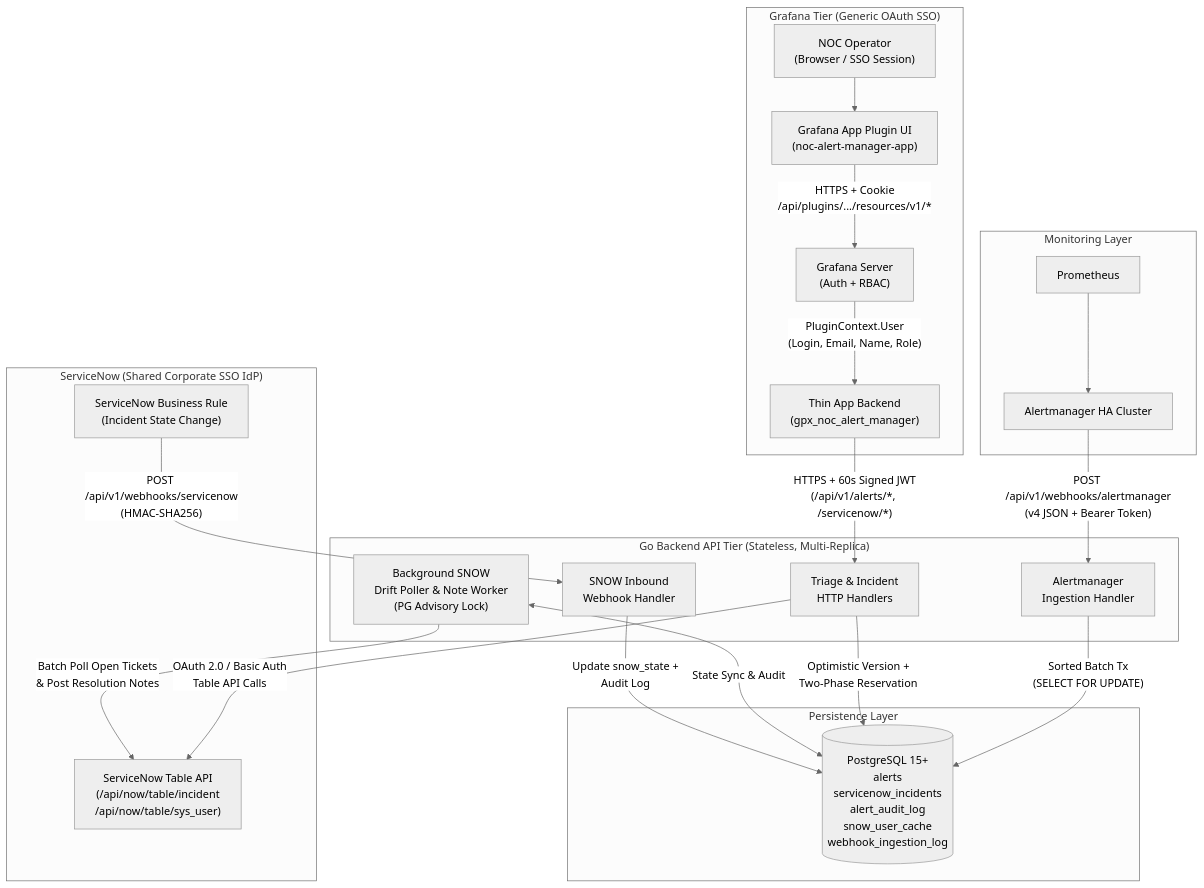
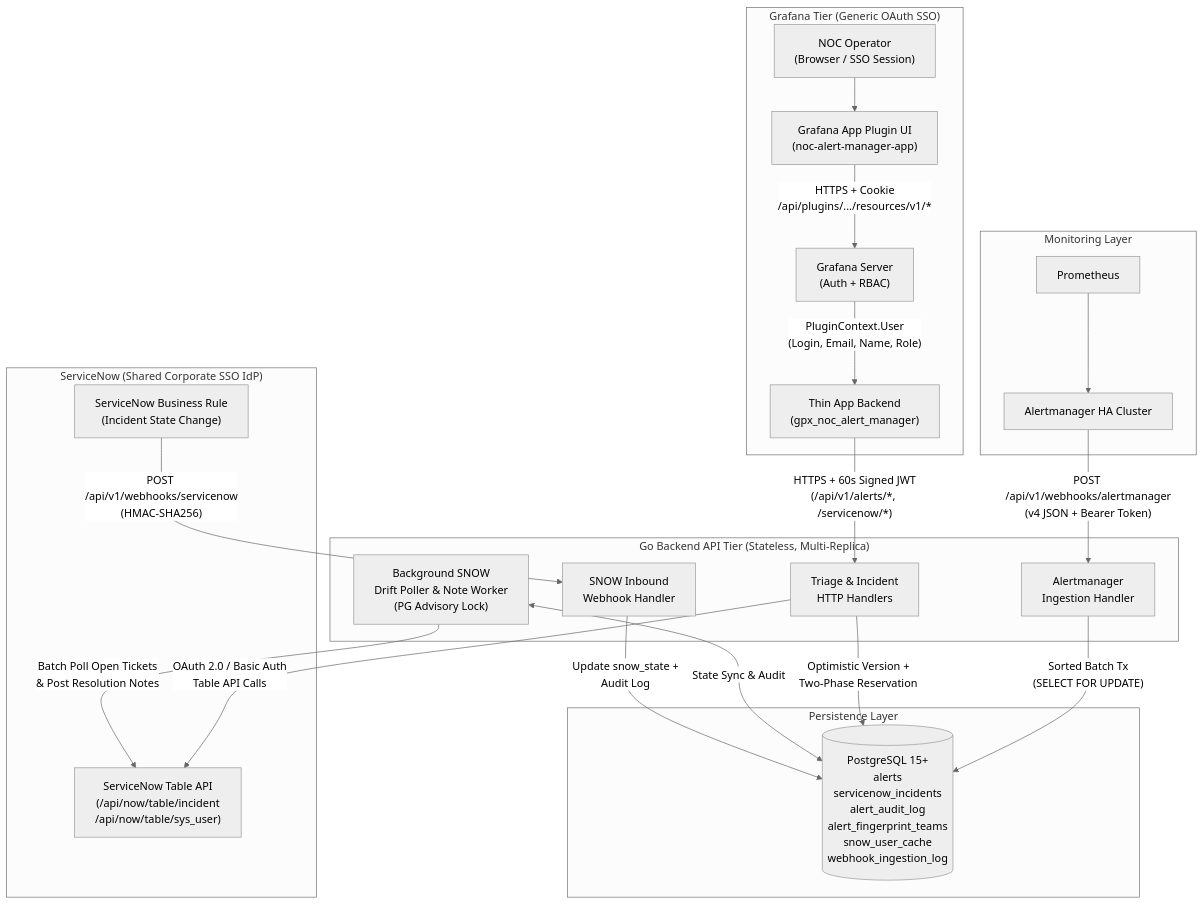
The first of 4 diagrams in docs/design/LLD.md (oriraz1607/snow), drawn with Mermaid (neutral theme) before and after one commit. The commit also changed other lines of this file and 52 other files, not shown here.

````diff
--- a/docs/design/LLD.md
+++ b/docs/design/LLD.md
@@ -21,36 +21,36 @@
 ```mermaid
 flowchart TB
     subgraph Monitoring["Monitoring Layer"]
         Prom["Prometheus"] --> AM["Alertmanager HA Cluster"]
     end
 
     subgraph GrafanaTier["Grafana Tier (Generic OAuth SSO)"]
         Op["NOC Operator\n(Browser / SSO Session)"] --> PluginUI["Grafana App Plugin UI\n(noc-alert-manager-app)"]
         PluginUI -->|"HTTPS + Cookie\n/api/plugins/.../resources/v1/*"| GFServer["Grafana Server\n(Auth + RBAC)"]
         GFServer -->|"PluginContext.User\n(Login, Email, Name, Role)"| ThinProxy["Thin App Backend\n(gpx_noc_alert_manager)"]
     end
 
     subgraph APITier["Go Backend API Tier (Stateless, Multi-Replica)"]
         AM -->|"POST /api/v1/webhooks/alertmanager\n(v4 JSON + Bearer Token)"| WebhookH["Alertmanager\nIngestion Handler"]
         ThinProxy -->|"HTTPS + 60s Signed JWT\n(/api/v1/alerts/*, /servicenow/*)"| TriageH["Triage & Incident\nHTTP Handlers"]
         SnowInH["SNOW Inbound\nWebhook Handler"]
         Poller["Background SNOW\nDrift Poller & Note Worker\n(PG Advisory Lock)"]
     end
 
     subgraph DataTier["Persistence Layer"]
-        PG[("PostgreSQL 15+\nalerts\nservicenow_incidents\nalert_audit_log\nsnow_user_cache\nwebhook_ingestion_log")]
+        PG[("PostgreSQL 15+\nalerts\nservicenow_incidents\nalert_audit_log\nalert_fingerprint_teams\nsnow_user_cache\nwebhook_ingestion_log")]
     end
 
     subgraph ITSM["ServiceNow (Shared Corporate SSO IdP)"]
         SnowAPI["ServiceNow Table API\n(/api/now/table/incident\n/api/now/table/sys_user)"]
         SnowBR["ServiceNow Business Rule\n(Incident State Change)"]
     end
 
     WebhookH -->|"Sorted Batch Tx\n(SELECT FOR UPDATE)"| PG
     TriageH -->|"Optimistic Version +\nTwo-Phase Reservation"| PG
     TriageH -->|"OAuth 2.0 / Basic Auth\nTable API Calls"| SnowAPI
     Poller -->|"Batch Poll Open Tickets\n& Post Resolution Notes"| SnowAPI
     Poller <-->|"State Sync & Audit"| PG
     SnowBR -->|"POST /api/v1/webhooks/servicenow\n(HMAC-SHA256)"| SnowInH
     SnowInH -->|"Update snow_state +\nAudit Log"| PG
 ```
````
